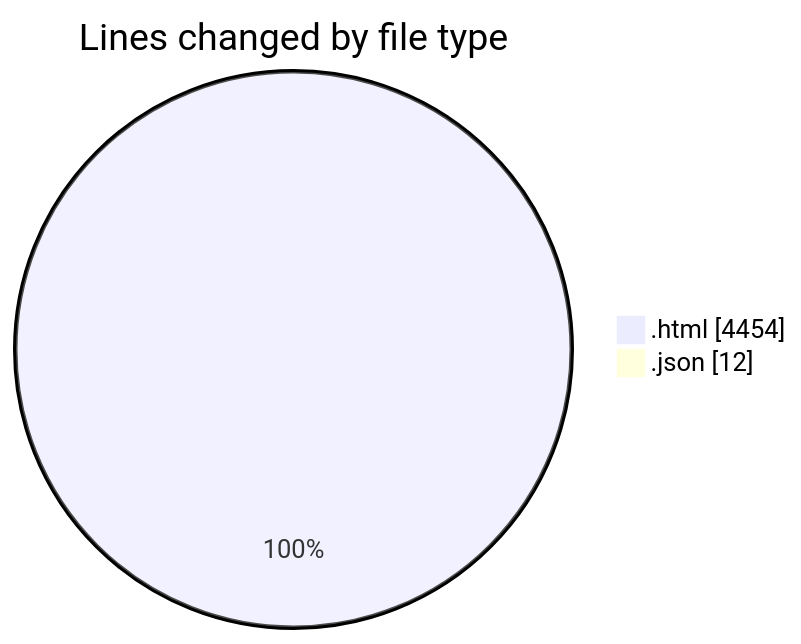
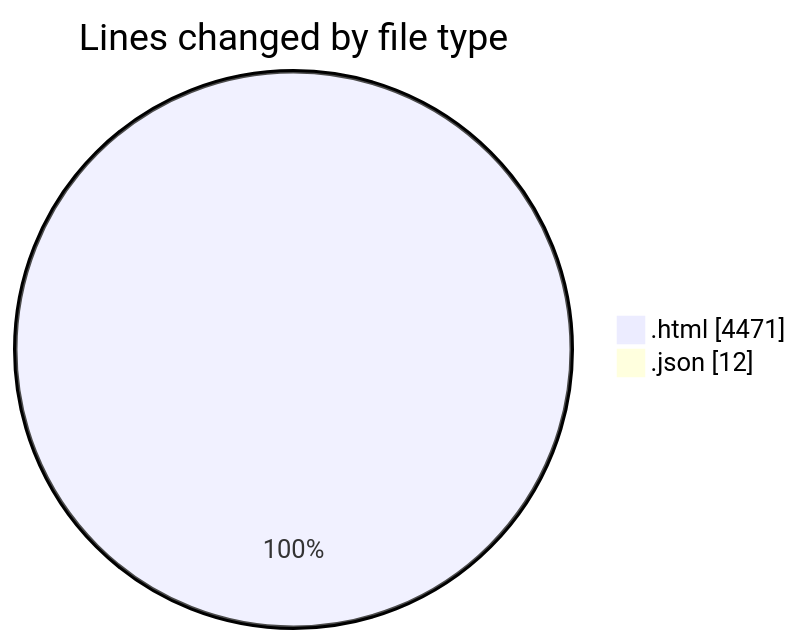
The first of 2 diagrams in 2026-05-21/pdf_invoice/README.md (momahboobian/code-tracking), drawn with Mermaid before and after one commit. The commit also changed other lines of this file and 1 other file, not shown here.

````diff
--- a/2026-05-21/pdf_invoice/README.md
+++ b/2026-05-21/pdf_invoice/README.md
@@ -26,6 +26,6 @@
 ```mermaid
 pie showData
 title Lines changed by file type
-".html" : 4454
+".html" : 4471
 ".json" : 12
 ```
````
